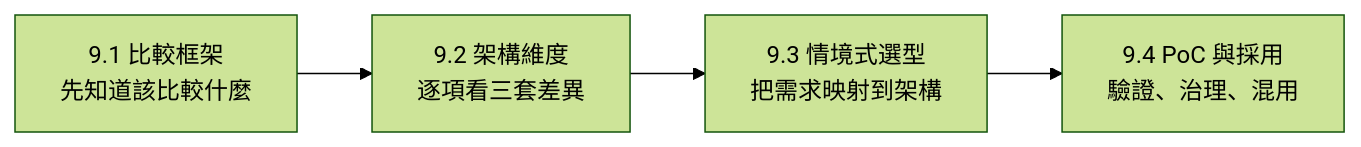
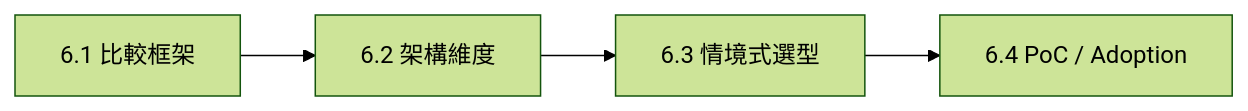
The diagram in docs/comparison/overview.md (indigofeather/harness-book), drawn with Mermaid (forest theme) before and after one commit. The commit also changed other lines of this file and 48 other files, not shown here.

````diff
--- a/docs/comparison/overview.md
+++ b/docs/comparison/overview.md
@@ -28,9 +25,6 @@
 ```mermaid
 flowchart LR
-  A[9.1 比較框架\n先知道該比較什麼]
-  B[9.2 架構維度\n逐項看三套差異]
-  C[9.3 情境式選型\n把需求映射到架構]
-  D[9.4 PoC 與採用\n驗證、治理、混用]
-
-  A --> B --> C --> D
+  A[6.1 比較框架] --> B[6.2 架構維度]
+  B --> C[6.3 情境式選型]
+  C --> D[6.4 PoC / Adoption]
 ```
````
